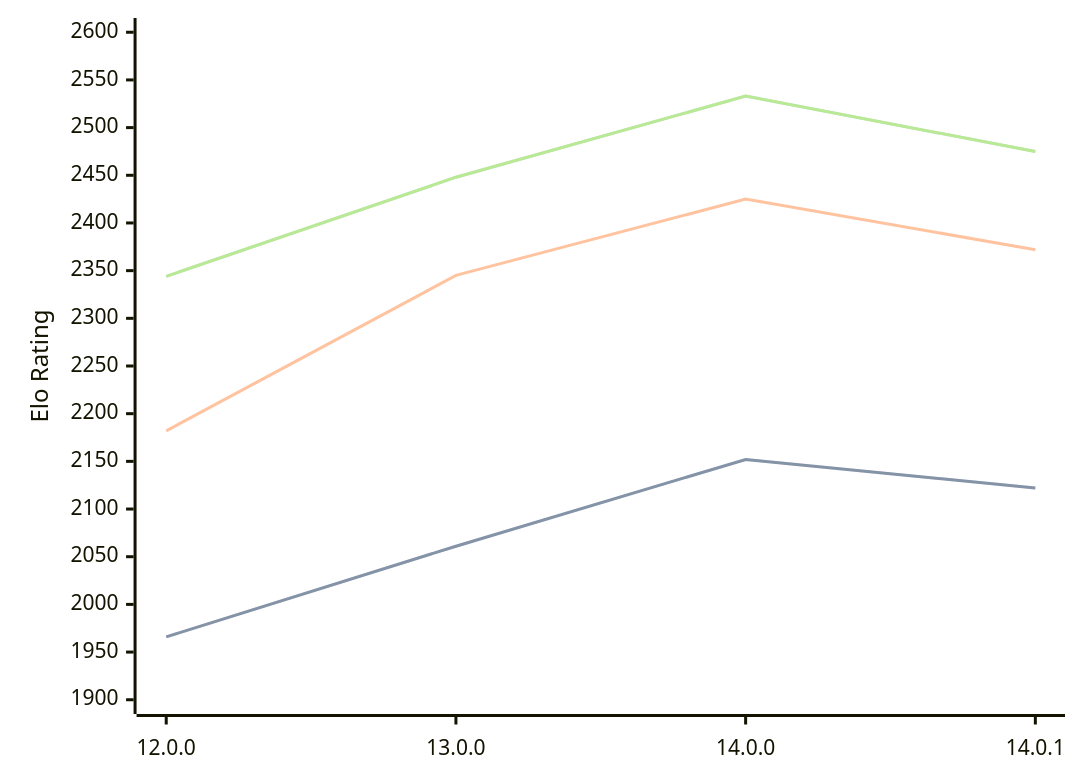
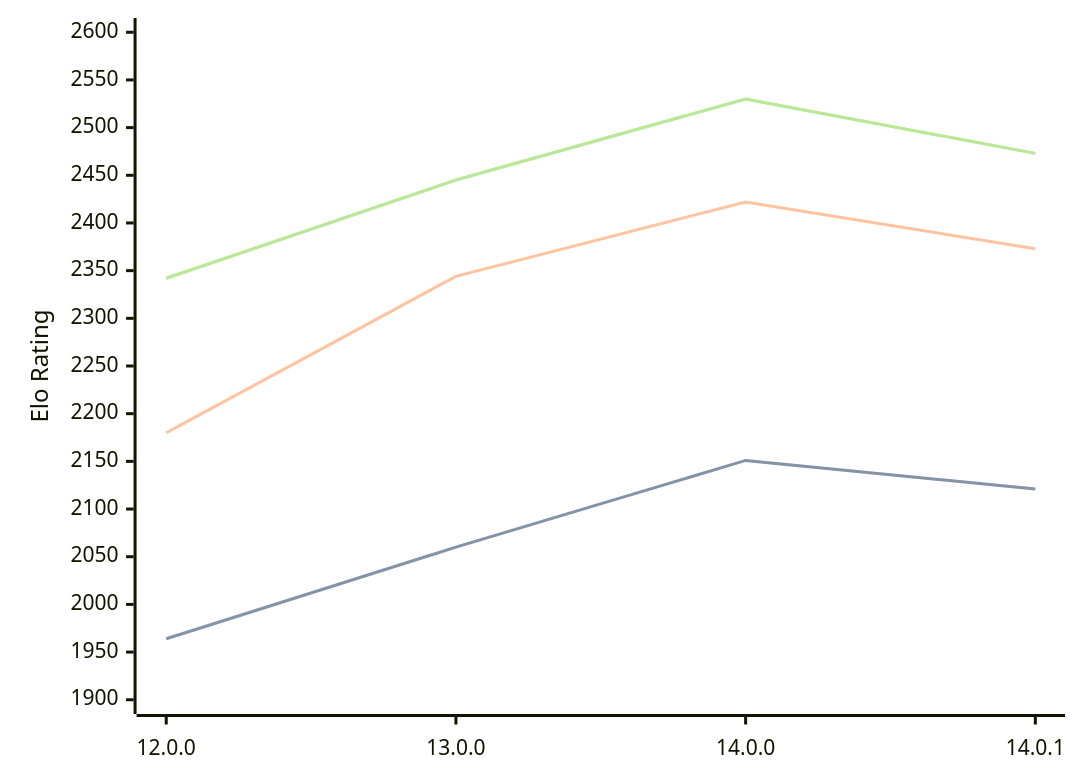
Before and after one commit to computer-chess-index/cci: the diagram in engines/Cepimetheus.md, drawn with Mermaid. The commit also changed other lines of this file, not shown here.

Commit message:
Update CCI Ratings (ELO VLTC) - 2026-08-12

````diff
--- a/engines/Cepimetheus.md
+++ b/engines/Cepimetheus.md
@@ -65,11 +65,11 @@
 ```mermaid
 %%{init: {"theme":"base","themeVariables":{"seriesColors:['#a3a3a3','#222221','#faa371']}}}%%
 xychart-beta
   x-axis ["12.0.0", "13.0.0", "14.0.0", "14.0.1"]
   y-axis "Elo Rating" 1900 --> 2600
-  line "STC (8.0+0.08s)" [1966, 2061, 2152, 2122]
-  line "STC (8.0+0.08s)" [1966, 2061, 2152, 2122]
-  line "LTC (60.0+0.60s)" [2182, 2345, 2425, 2372]
-  line "VLTC (2m24s+1.12s)" [2344, 2448, 2533, 2475]
-  line "VLTC (2m24s+1.12s)" [2344, 2448, 2533, 2475]
+  line "STC (8.0+0.08s)" [1964, 2060, 2151, 2121]
+  line "STC (8.0+0.08s)" [1964, 2060, 2151, 2121]
+  line "LTC (60.0+0.60s)" [2180, 2344, 2422, 2373]
+  line "VLTC (2m24s+1.12s)" [2342, 2445, 2530, 2473]
+  line "VLTC (2m24s+1.12s)" [2342, 2445, 2530, 2473]
 ```
````
